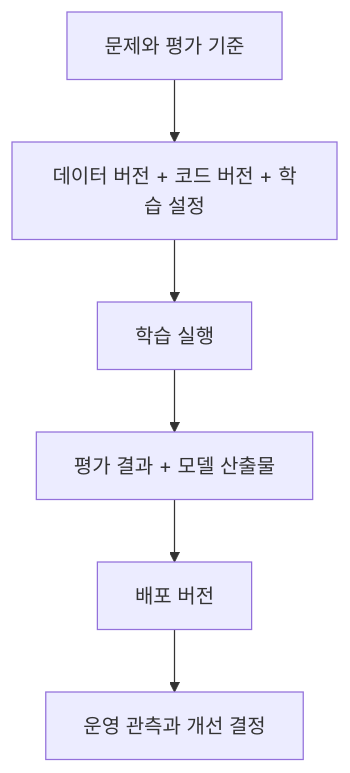
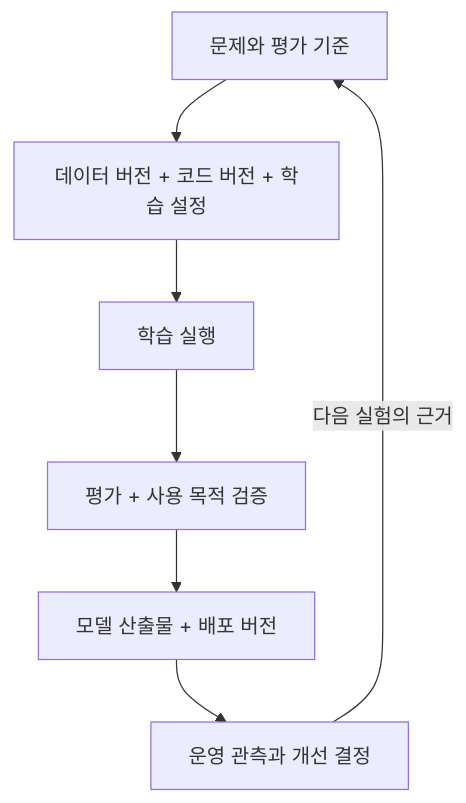
The first of 2 diagrams in content/docs/tech/machine-learning-platform-engineering/01-getting-started.md (johklo/johklo.github.io), drawn with Mermaid before and after one commit. The commit also changed other lines of this file and 15 other files, not shown here.

````diff
--- a/content/docs/tech/machine-learning-platform-engineering/01-getting-started.md
+++ b/content/docs/tech/machine-learning-platform-engineering/01-getting-started.md
@@ -36,10 +41,11 @@
 ```mermaid
 flowchart TD
-    accTitle: 모델의 출처와 변경을 연결하는 계보
-    accDescr: 문제와 평가 기준에서 출발해 데이터, 코드, 설정을 학습 실행과 연결하고, 모델과 평가 결과를 배포 버전 및 운영 관측까지 추적합니다.
+    accTitle: 실험의 출처와 운영 피드백을 연결하는 ML 생애주기
+    accDescr: 문제 정의 후 데이터, 코드, 설정을 학습 실행과 연결한다. 평가와 용도 검증을 거쳐 출시하고, 운영 관측 결과를 다음 실험으로 연결한다.
     A["문제와 평가 기준"] --> B["데이터 버전 + 코드 버전 + 학습 설정"]
     B --> C["학습 실행"]
-    C --> D["평가 결과 + 모델 산출물"]
-    D --> E["배포 버전"]
+    C --> D["평가 + 사용 목적 검증"]
+    D --> E["모델 산출물 + 배포 버전"]
     E --> F["운영 관측과 개선 결정"]
+    F -->|"다음 실험의 근거"| A
 ```
````
